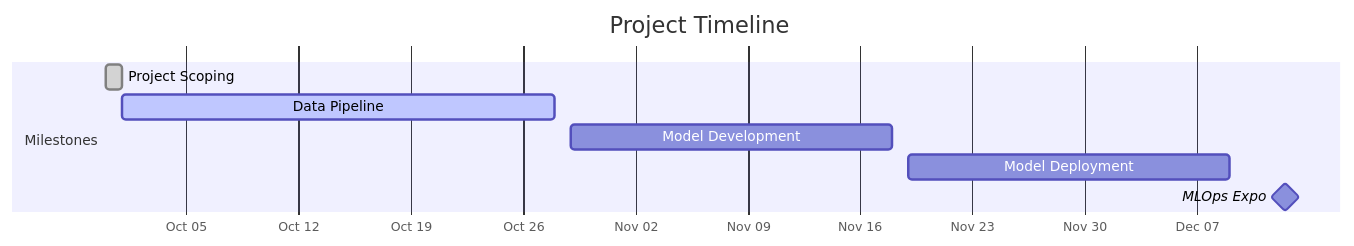
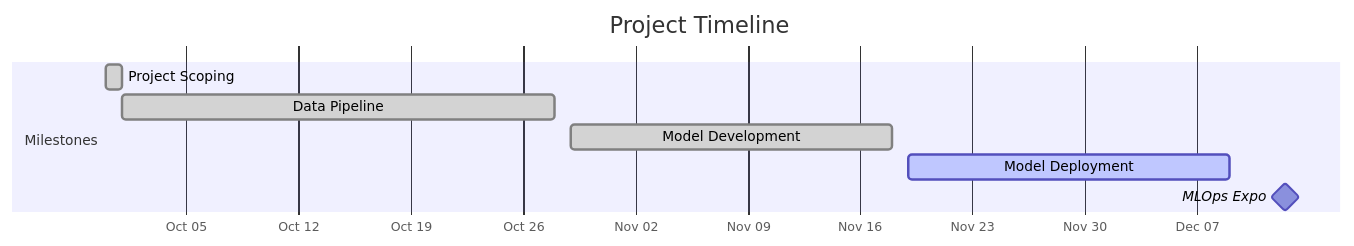
One commit to PranavViswanathan/Optimizing-Bluebikes-Operations-with-Machine-Learning-Based-Demand-Prediction changed the diagram in README.md. Above: the diagram before and after it, drawn with Mermaid.

````diff
--- a/README.md
+++ b/README.md
@@ -110,13 +110,13 @@
 ```mermaid
     gantt
         title Project Timeline
         dateFormat  YYYY-MM-DD
         axisFormat  %b %d
     
         section Milestones
         Project Scoping          :done,    ms1, 2025-09-30, 1d
-        Data Pipeline            :active,  ms2, 2025-10-01, 2025-10-28
-        Model Development        :         ms3, 2025-10-29, 2025-11-18
-        Model Deployment         :         ms4, 2025-11-19, 2025-12-09
+        Data Pipeline            :done,  ms2, 2025-10-01, 2025-10-28
+        Model Development        :done,         ms3, 2025-10-29, 2025-11-18
+        Model Deployment         :active,         ms4, 2025-11-19, 2025-12-09
         MLOps Expo               :milestone, ms5, 2025-12-12, 1d
 ```
````
